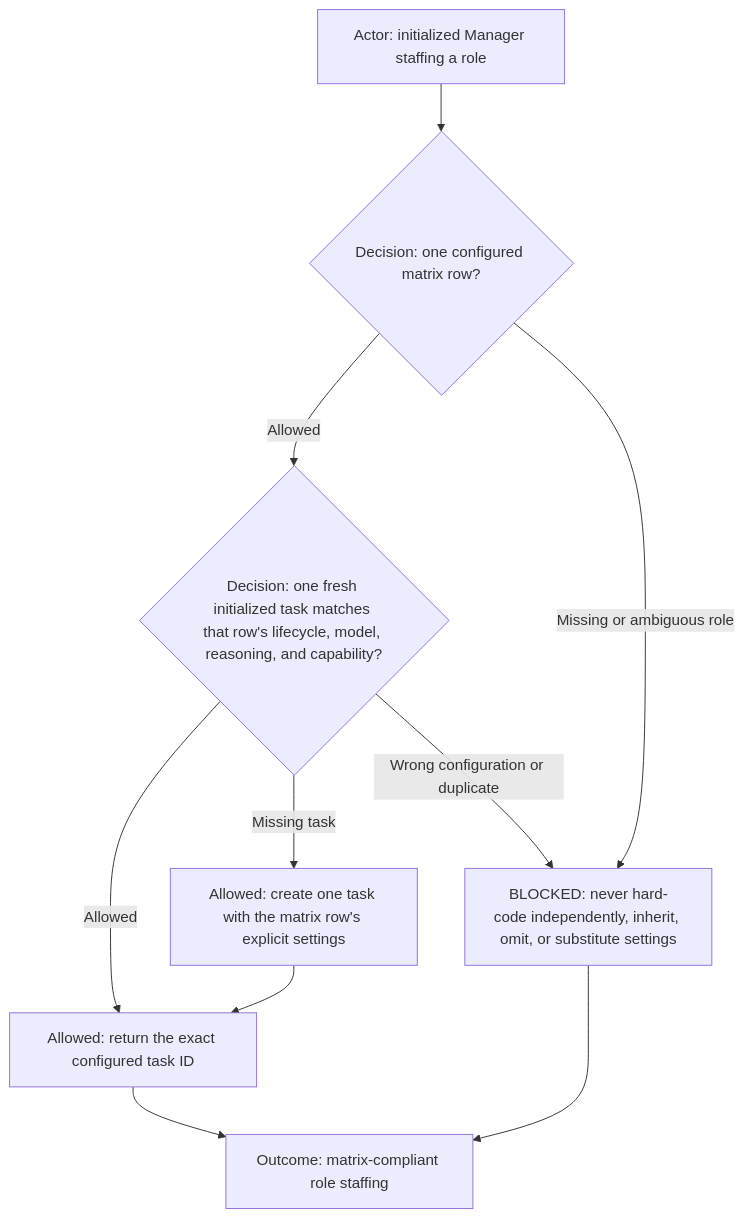
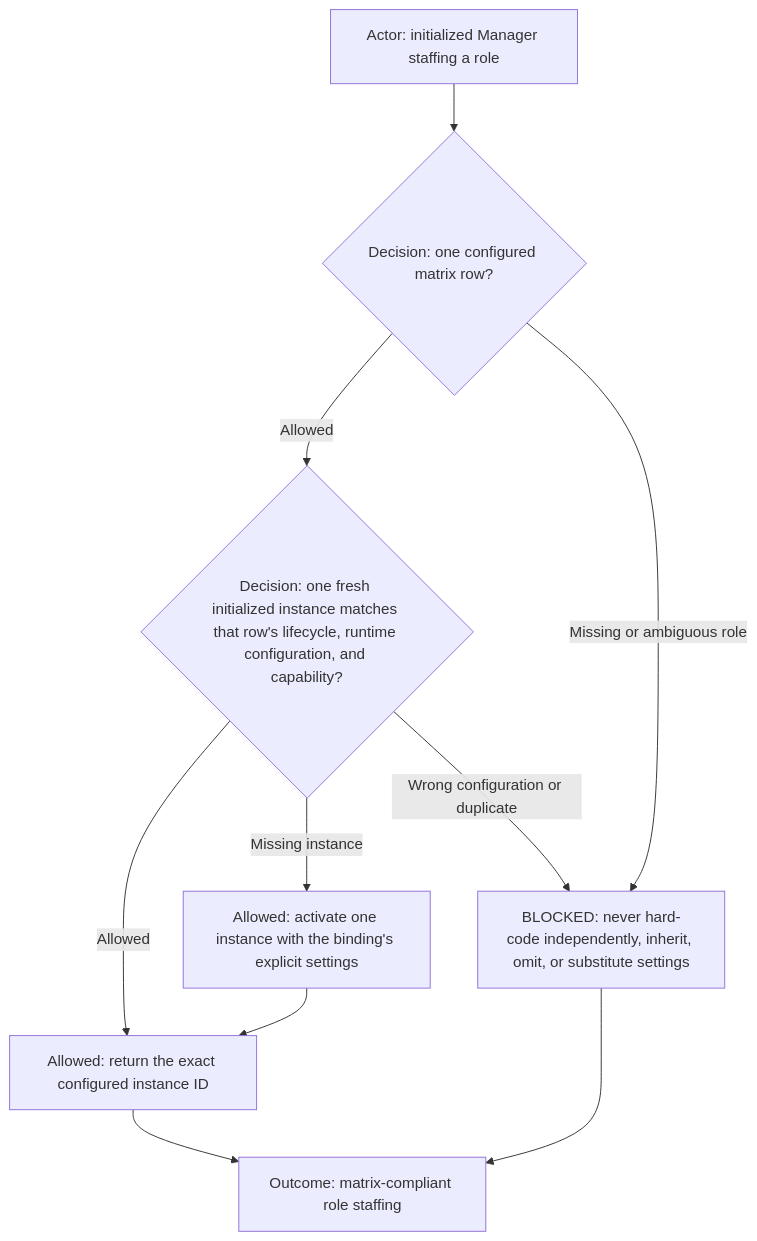
The ninth of 24 diagrams in ai-workflows/_common/roles/manager.md (starodubtsevconsulting/ai-fleas), drawn with Mermaid before and after one commit. The commit also changed other lines of this file and 15 other files, not shown here.

````diff
--- a/ai-workflows/_common/roles/manager.md
+++ b/ai-workflows/_common/roles/manager.md
@@ -228,12 +228,12 @@
 ```mermaid
 flowchart TD
   Actor["Actor: initialized Manager staffing a role"] --> Decision{"Decision: one configured matrix row?"}
-  Decision -->|Allowed| Verify{"Decision: one fresh initialized task matches that row's lifecycle, model, reasoning, and capability?"}
+  Decision -->|Allowed| Verify{"Decision: one fresh initialized instance matches that row's lifecycle, runtime configuration, and capability?"}
   Decision -->|Missing or ambiguous role| Blocked["BLOCKED: never invent an unconfigured role such as UX designer"]
-  Verify -->|Allowed| Route["Allowed: return the exact configured task ID"]
-  Verify -->|Missing task| Create["Allowed: create one task with the matrix row's explicit settings"]
+  Verify -->|Allowed| Route["Allowed: return the exact configured instance ID"]
+  Verify -->|Missing instance| Create["Allowed: activate one instance with the binding's explicit settings"]
   Verify -->|Wrong configuration or duplicate| Blocked["BLOCKED: never hard-code independently, inherit, omit, or substitute settings"]
   Create --> Route
   Route --> Outcome["Outcome: matrix-compliant role staffing"]
   Blocked --> Outcome
 ```
````
